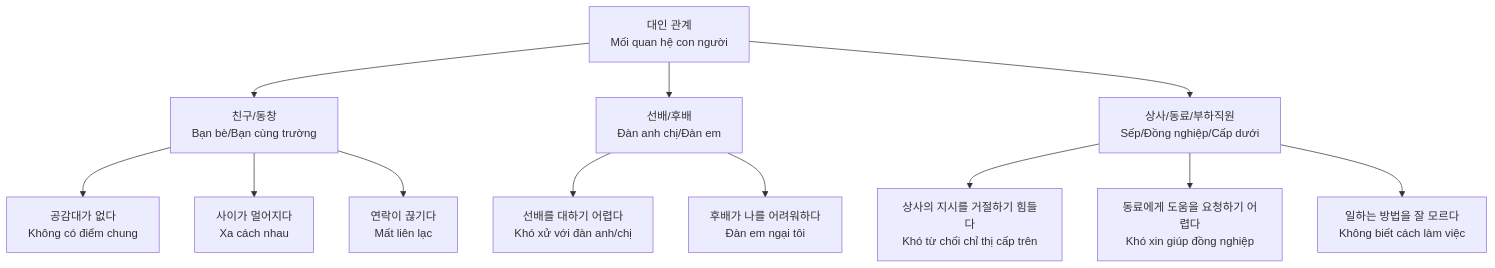
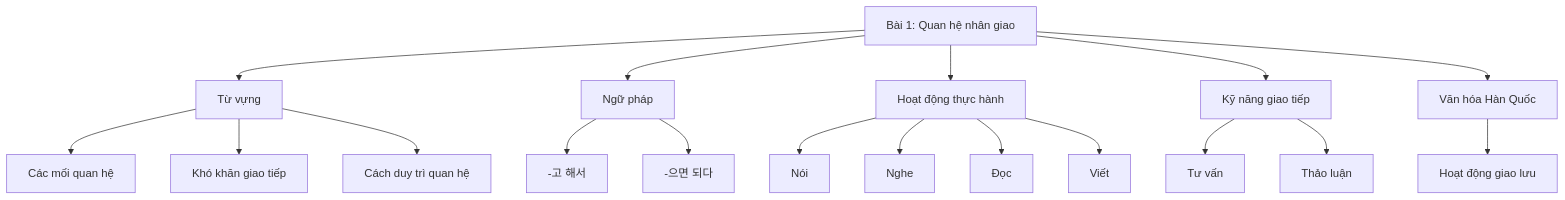
Before and after one commit to khieu-dv/vievlog: the first of 5 diagrams in src/content/soft-skills/custom2/custom21.md, drawn with Mermaid. The commit also changed other lines of this file and 2 other files, not shown here.

````diff
--- a/src/content/soft-skills/custom2/custom21.md
+++ b/src/content/soft-skills/custom2/custom21.md
@@ -55,17 +19,25 @@
 ```mermaid
 graph TD
-    A[대인 관계<br/>Mối quan hệ con người] --> B[친구/동창<br/>Bạn bè/Bạn cùng trường]
-    A --> C[선배/후배<br/>Đàn anh chị/Đàn em]
-    A --> D[상사/동료/부하직원<br/>Sếp/Đồng nghiệp/Cấp dưới]
+    A[Bài 1: Quan hệ nhân giao] --> B[Từ vựng]
+    A --> C[Ngữ pháp]
+    A --> D[Hoạt động thực hành]
+    A --> E[Kỹ năng giao tiếp]
+    A --> F[Văn hóa Hàn Quốc]
     
-    B --> B1[공감대가 없다<br/>Không có điểm chung]
-    B --> B2[사이가 멀어지다<br/>Xa cách nhau]
-    B --> B3[연락이 끊기다<br/>Mất liên lạc]
+    B --> B1[Các mối quan hệ]
+    B --> B2[Khó khăn giao tiếp]
+    B --> B3[Cách duy trì quan hệ]
     
-    C --> C1[선배를 대하기 어렵다<br/>Khó xử với đàn anh/chị]
-    C --> C2[후배가 나를 어려워하다<br/>Đàn em ngại tôi]
+    C --> C1[-고 해서]
+    C --> C2[-으면 되다]
     
-    D --> D1[상사의 지시를 거절하기 힘들다<br/>Khó từ chối chỉ thị cấp trên]
-    D --> D2[동료에게 도움을 요청하기 어렵다<br/>Khó xin giúp đồng nghiệp]
-    D --> D3[일하는 방법을 잘 모르다<br/>Không biết cách làm việc]
+    D --> D1[Nói]
+    D --> D2[Nghe]
+    D --> D3[Đọc]
+    D --> D4[Viết]
+    
+    E --> E1[Tư vấn]
+    E --> E2[Thảo luận]
+    
+    F --> F1[Hoạt động giao lưu]
 ```
````
